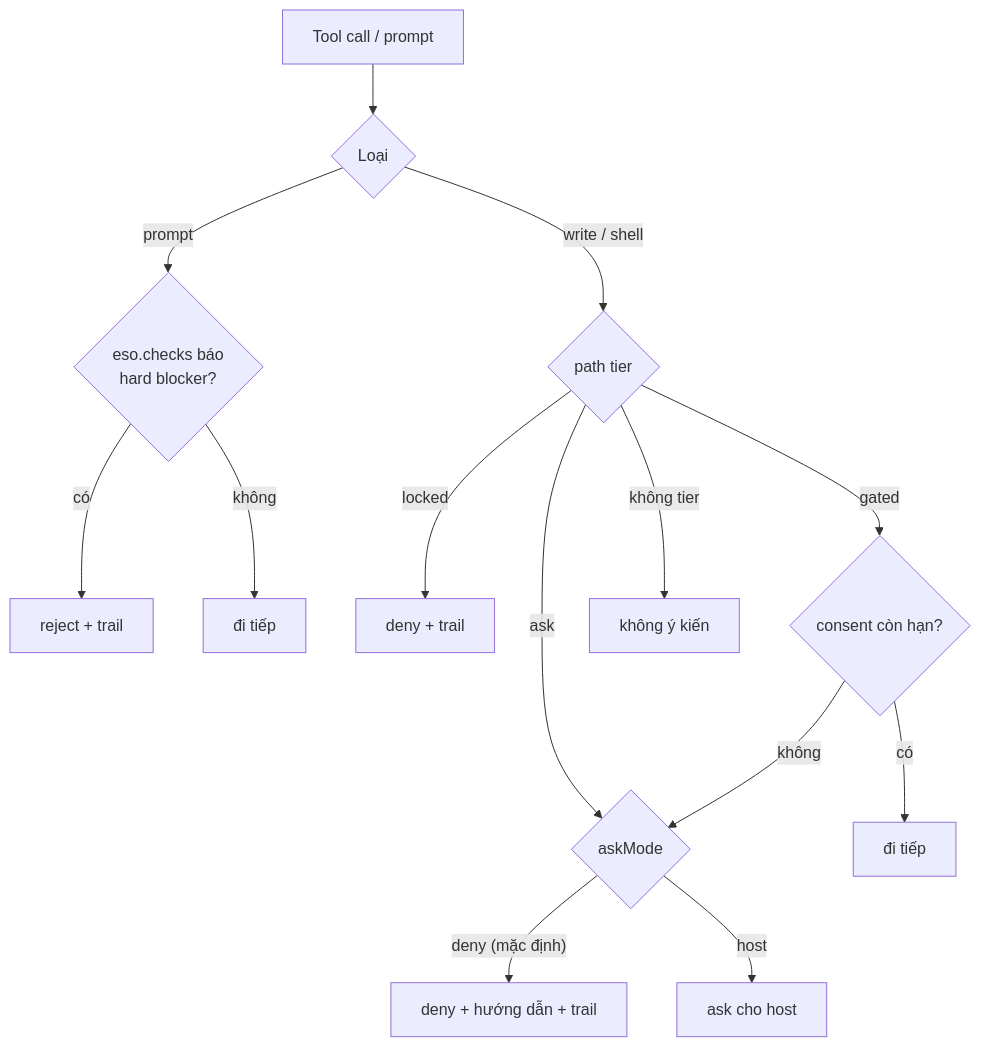
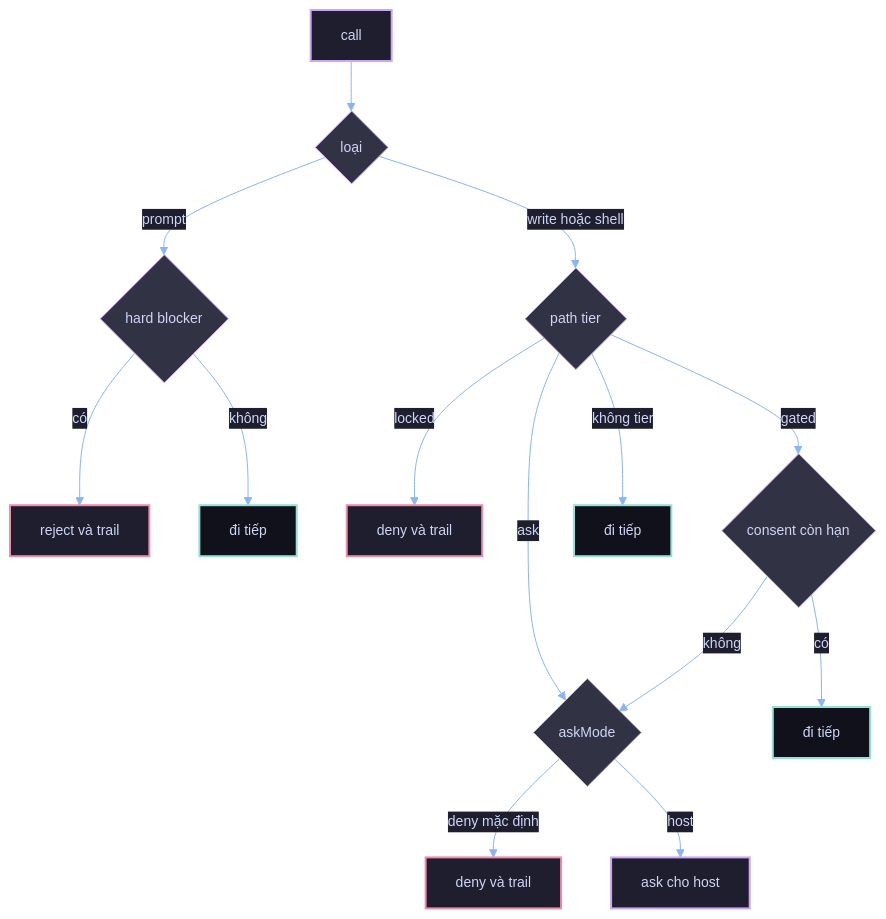
One commit to thangs2/harness-eso changed the second of 8 diagrams in documents/07.how-it-works/02.workflows.md. Above: the diagram before and after it, drawn with Mermaid. The commit also changed other lines of this file and 10 other files, not shown here.

First line of the commit message:
docs: redraw the how-it-works pack under one mermaid standard

````diff
--- a/documents/07.how-it-works/02.workflows.md
+++ b/documents/07.how-it-works/02.workflows.md
@@ -54,17 +51,22 @@
 ```mermaid
+%%{init: {"theme": "base", "themeVariables": {"background": "#1e1e2e", "primaryColor": "#313244", "primaryTextColor": "#cdd6f4", "primaryBorderColor": "#cba6f7", "lineColor": "#89b4fa", "secondaryColor": "#181825", "tertiaryColor": "#11111b", "clusterBkg": "#181825", "clusterBorder": "#6c7086", "edgeLabelBackground": "#1e1e2e", "fontSize": "14px", "actorBkg": "#313244", "actorBorder": "#cba6f7", "actorTextColor": "#cdd6f4", "signalColor": "#89b4fa", "signalTextColor": "#cdd6f4", "noteBkgColor": "#313244", "noteTextColor": "#cdd6f4", "noteBorderColor": "#f9e2af"}}}%%
 flowchart TB
-  IN["Tool call / prompt"] --> KIND{"Loại"}
-  KIND -->|"prompt"| PB{"eso.checks báo\nhard blocker?"}
-  PB -->|"có"| REJ["reject + trail"]
-  PB -->|"không"| PASS1["đi tiếp"]
 
-  KIND -->|"write / shell"| MODE{"path tier"}
-  MODE -->|"locked"| DENY["deny + trail"]
-  MODE -->|"ask"| ASK{"askMode"}
-  ASK -->|"deny (mặc định)"| DENY2["deny + hướng dẫn + trail"]
-  ASK -->|"host"| ASKH["ask cho host"]
-  MODE -->|"gated"| CON{"consent còn hạn?"}
-  CON -->|"có"| PASS2["đi tiếp"]
-  CON -->|"không"| ASK
-  MODE -->|"không tier"| PASS3["không ý kiến"]
+    classDef w fill:#1e1e2e,stroke:#cba6f7,stroke-width:2px,color:#cdd6f4
+    classDef r fill:#11111b,stroke:#94e2d5,stroke-width:2px,color:#cdd6f4
+    classDef stop fill:#1e1e2e,stroke:#f38ba8,stroke-width:2px,color:#cdd6f4
+
+    IN[call]:::w --> KIND{loại}
+    KIND -->|prompt| PB{hard blocker}
+    PB -->|có| REJ[reject và trail]:::stop
+    PB -->|không| PASS1[đi tiếp]:::r
+    KIND -->|write hoặc shell| MODE{path tier}
+    MODE -->|locked| DENY[deny và trail]:::stop
+    MODE -->|ask| ASK{askMode}
+    ASK -->|deny mặc định| DENY2[deny và trail]:::stop
+    ASK -->|host| ASKH[ask cho host]:::w
+    MODE -->|gated| CON{consent còn hạn}
+    CON -->|có| PASS2[đi tiếp]:::r
+    CON -->|không| ASK
+    MODE -->|không tier| PASS3[đi tiếp]:::r
 ```
````
